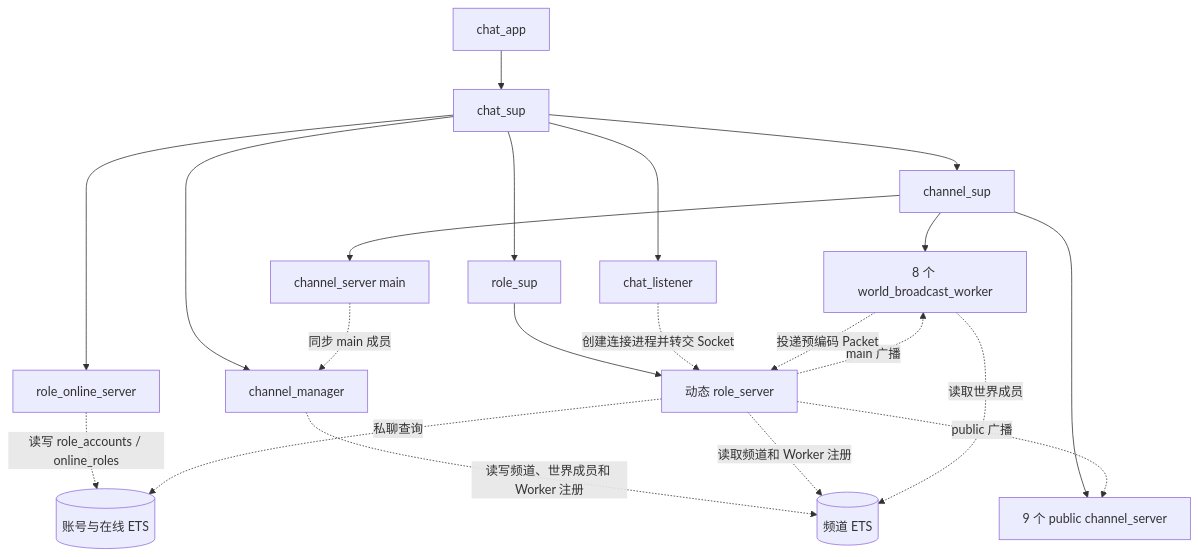
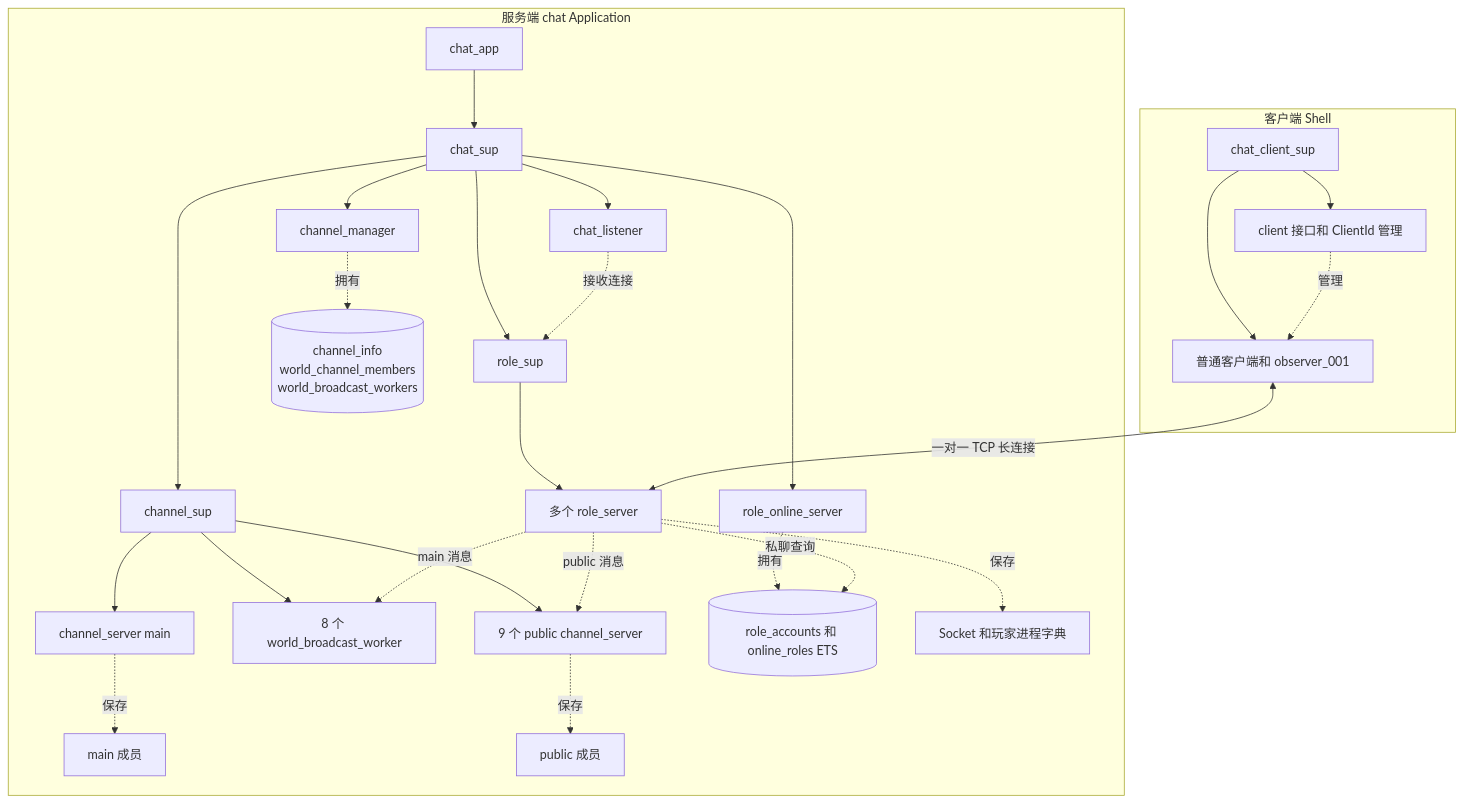
Before and after one commit to chrison18/erlang-game-chat-server: the first of 4 diagrams in Chat V1.1 设计文档.md, drawn with Mermaid. The commit also changed other lines of this file and 7 other files, not shown here.

Commit message:
v1.1 分离连接与消息压测并增加运行指标   - 将客户端连接与自动发送拆分为两个阶段，支持按 ClientId 范围逐级启压   - 新增 chat_metrics 快照，采集连接数、邮箱队列和 BEAM 资源数据   - 更新 README、接口文档和设计文档，同步当前客户端与广播流程   - 忽略本地构建产物、私有项目记忆和调优报告试验稿

````diff
--- a/Chat V1.1 设计文档.md
+++ b/Chat V1.1 设计文档.md
@@ -32,25 +32,39 @@
 ```mermaid
-flowchart TD
-    app[chat_app] --> sup[chat_sup]
-    sup --> online[role_online_server]
-    sup --> manager[channel_manager]
-    sup --> channelSup[channel_sup]
-    sup --> roleSup[role_sup]
-    sup --> listener[chat_listener]
+flowchart TB
+    subgraph Server[服务端 chat Application]
+        App[chat_app] --> Sup[chat_sup]
+        Sup --> Online[role_online_server]
+        Sup --> Manager[channel_manager]
+        Sup --> ChannelSup[channel_sup]
+        Sup --> RoleSup[role_sup]
+        Sup --> Listener[chat_listener]
 
-    channelSup --> main[channel_server main]
-    channelSup --> workers[8 个 world_broadcast_worker]
-    channelSup --> public[9 个 public channel_server]
-    roleSup --> roles[动态 role_server]
+        ChannelSup --> Main[channel_server main]
+        ChannelSup --> Workers[8 个 world_broadcast_worker]
+        ChannelSup --> Public[9 个 public channel_server]
+        RoleSup --> Roles[多个 role_server]
 
-    listener -. 创建连接进程并转交 Socket .-> roles
-    online -. 读写 role_accounts / online_roles .-> onlineEts[(账号与在线 ETS)]
-    manager -. 读写频道、世界成员和 Worker 注册 .-> channelEts[(频道 ETS)]
-    main -. 同步 main 成员 .-> manager
-    roles -. main 广播 .-> workers
-    roles -. 读取频道和 Worker 注册 .-> channelEts
-    workers -. 读取世界成员 .-> channelEts
-    workers -. 投递预编码 Packet .-> roles
-    roles -. public 广播 .-> public
-    roles -. 私聊查询 .-> onlineEts
+        Online -.拥有.-> RoleETS[(role_accounts 和 online_roles ETS)]
+        Manager -.拥有.-> ChannelETS[(channel_info<br/>world_channel_members<br/>world_broadcast_workers)]
+        Main -.保存.-> MainMembers[main 成员]
+        Public -.保存.-> PublicMembers[public 成员]
+        Roles -.保存.-> RoleState[Socket 和玩家进程字典]
+
+        Listener -.接收连接.-> RoleSup
+        Roles -.main 消息.-> Workers
+        Roles -.public 消息.-> Public
+        Roles -.私聊查询.-> RoleETS
+    end
+
+    subgraph Client[客户端 Shell]
+        ClientSup[chat_client_sup]
+        ClientManager[client 接口和 ClientId 管理]
+        ClientProcesses[普通客户端和 observer_001]
+
+        ClientSup --> ClientManager
+        ClientSup --> ClientProcesses
+        ClientManager -.管理.-> ClientProcesses
+    end
+
+    ClientProcesses <-->|一对一 TCP 长连接| Roles
 ```
````
